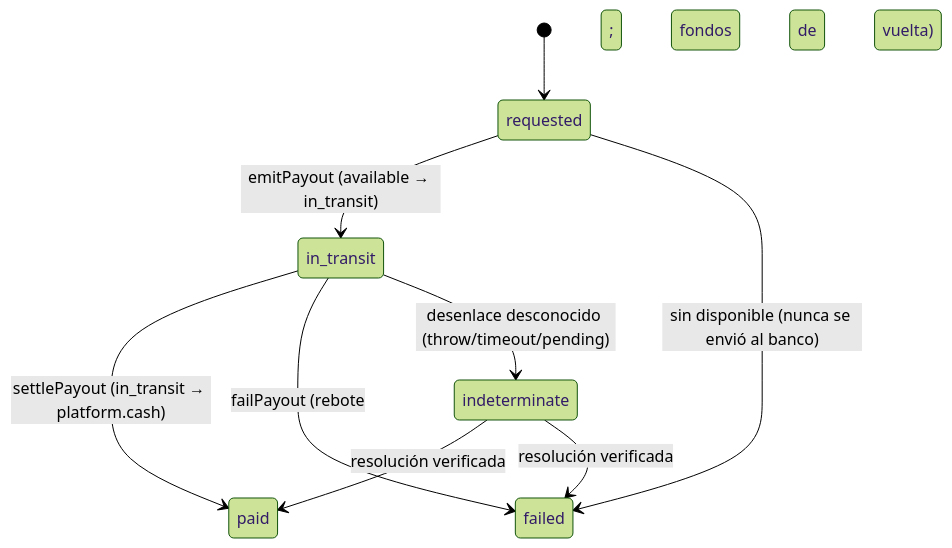
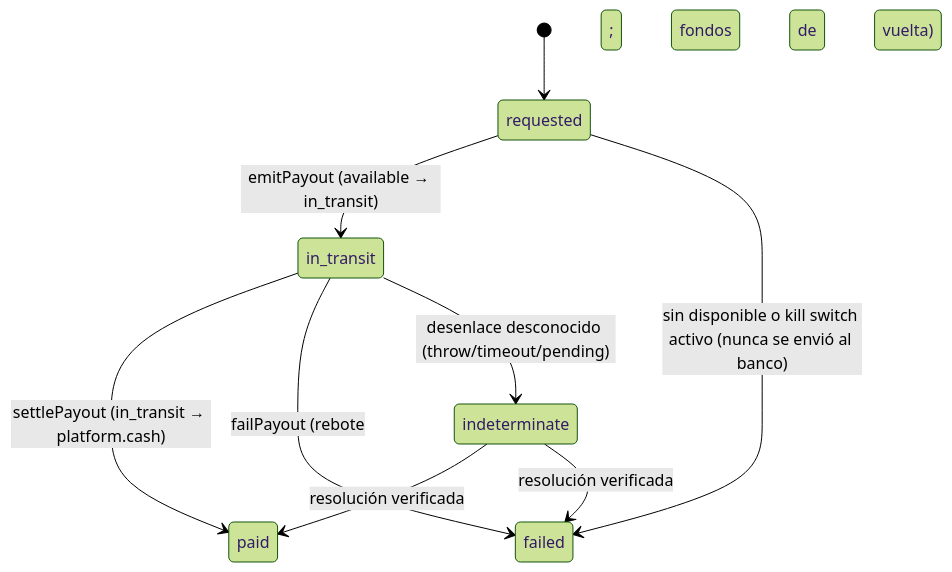
Before and after one commit to celestinojbm/Fluvia: the sixth of 6 diagrams in docs/architecture/payment-state-machines.md, drawn with Mermaid (forest theme). The commit also changed other lines of this file and 7 other files, not shown here.

First line of the commit message:
fix(risk): el kill switch corta la emisión de payouts previos, alcance tenant y proveedor sin mayúsculas

````diff
--- a/docs/architecture/payment-state-machines.md
+++ b/docs/architecture/payment-state-machines.md
@@ -115,11 +115,11 @@
 ```mermaid
 stateDiagram-v2
     [*] --> requested
     requested --> in_transit : emitPayout (available → in_transit)
-    requested --> failed : sin disponible (nunca se envió al banco)
+    requested --> failed : sin disponible o kill switch activo (nunca se envió al banco)
     in_transit --> paid : settlePayout (in_transit → platform.cash)
     in_transit --> failed : failPayout (rebote; fondos de vuelta)
     in_transit --> indeterminate : desenlace desconocido (throw/timeout/pending)
     indeterminate --> paid : resolución verificada
     indeterminate --> failed : resolución verificada
 ```
````
